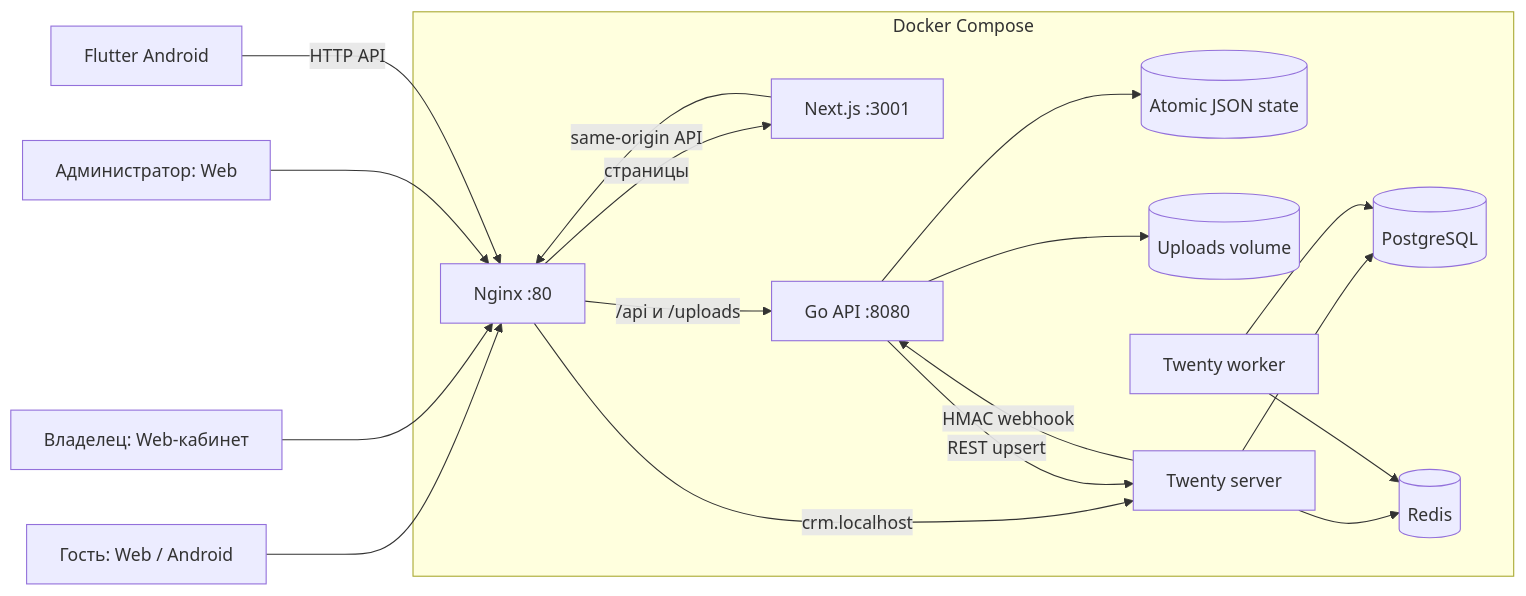
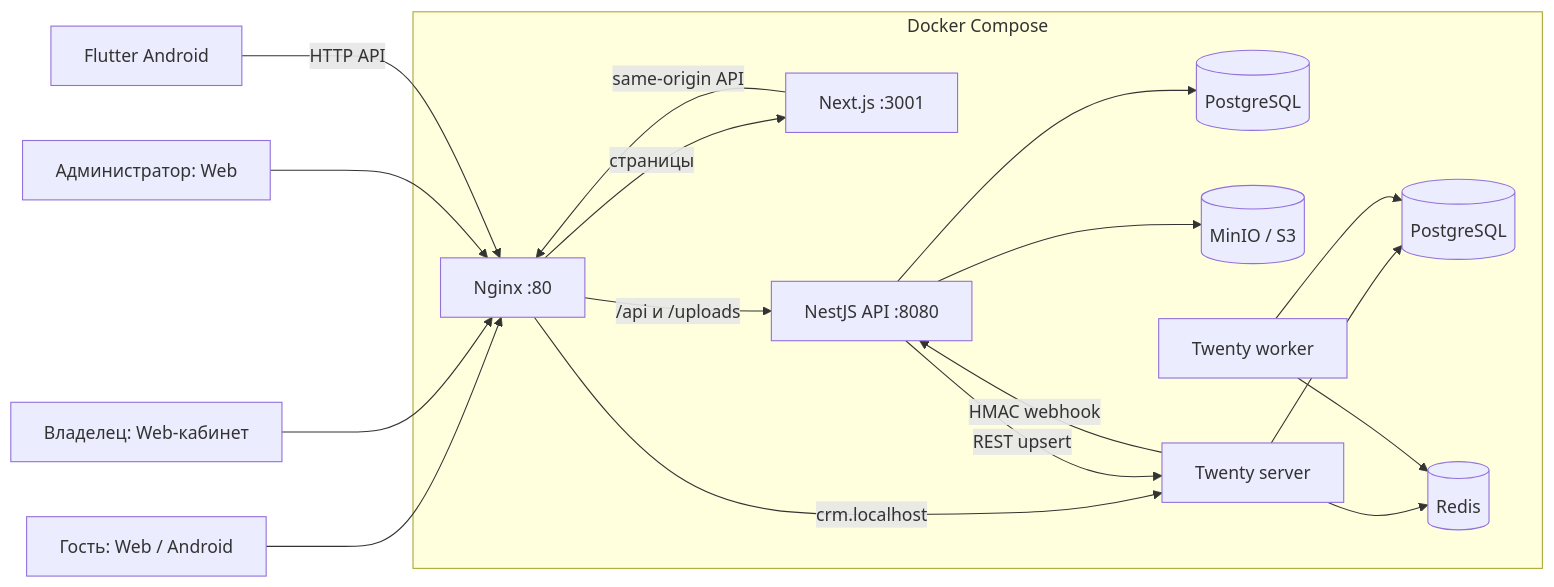
Before and after one commit to MagnumCinema/Seatiko: the first of 4 diagrams in docs/ENGINEERING.md, drawn with Mermaid. The commit also changed other lines of this file and 114 other files, not shown here.

First line of the commit message:
feat!: cut over to the NestJS API and remove the Go backend

````diff
--- a/docs/ENGINEERING.md
+++ b/docs/ENGINEERING.md
@@ -83,37 +83,37 @@
 ```mermaid
 flowchart LR
     Guest[Гость: Web / Android]
     Owner[Владелец: Web-кабинет]
     Admin[Администратор: Web]
 
     Guest --> Nginx
     Owner --> Nginx
     Admin --> Nginx
 
     subgraph Docker[Docker Compose]
         Nginx[Nginx :80]
         Web[Next.js :3001]
-        API[Go API :8080]
-        State[(Atomic JSON state)]
-        Uploads[(Uploads volume)]
+        API[NestJS API :8080]
+        State[(PostgreSQL)]
+        Uploads[(MinIO / S3)]
         CRM[Twenty server]
         Worker[Twenty worker]
         DB[(PostgreSQL)]
         Redis[(Redis)]
 
         Nginx -->|страницы| Web
         Nginx -->|/api и /uploads| API
         Nginx -->|crm.localhost| CRM
         API --> State
         API --> Uploads
         API -->|REST upsert| CRM
         CRM -->|HMAC webhook| API
         CRM --> DB
         CRM --> Redis
         Worker --> DB
         Worker --> Redis
     end
 
     Android[Flutter Android] -->|HTTP API| Nginx
     Web -->|same-origin API| Nginx
 ```
````
